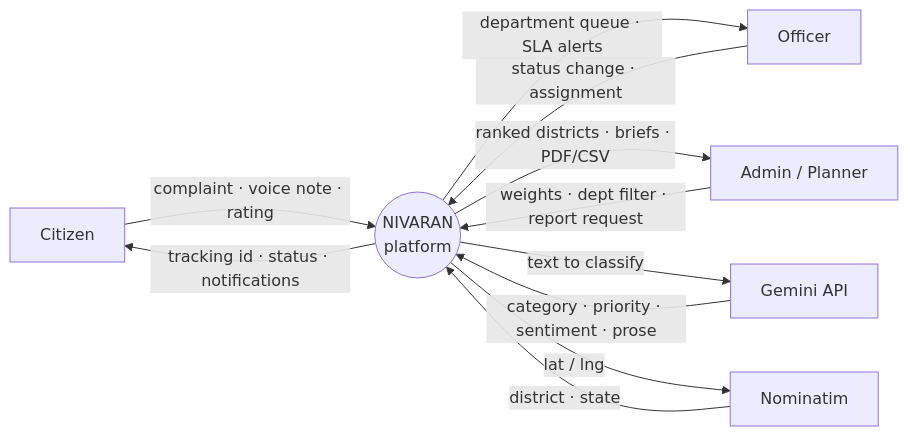
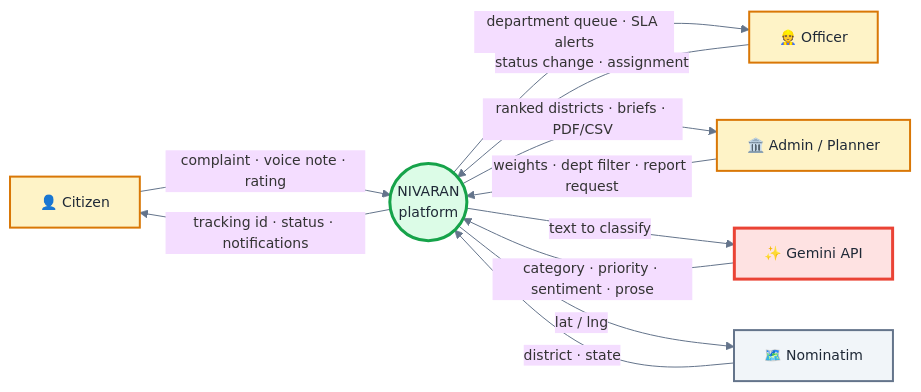
One commit to khushboocodes/Nivaran changed the fourth of 7 diagrams in README.md. Above: the diagram before and after it, drawn with Mermaid. The commit also changed other lines of this file, not shown here.

First line of the commit message:
docs(readme): colour the diagrams, document every Google call site, expand history

````diff
--- a/README.md
+++ b/README.md
@@ -328,21 +475,32 @@
 ```mermaid
+%%{init: {'theme':'base','themeVariables':{'fontSize':'14px','lineColor':'#64748b'}}}%%
 graph LR
-    CIT["Citizen"]
-    OFF["Officer"]
-    ADM["Admin / Planner"]
-    GEMX["Gemini API"]
-    GEOX["Nominatim"]
+    CIT["👤 Citizen"]
+    OFF["👷 Officer"]
+    ADM["🏛️ Admin / Planner"]
+    GEMX["✨ Gemini API"]
+    GEOX["🗺️ Nominatim"]
 
     SYS(("NIVARAN<br/>platform"))
 
     CIT -->|"complaint · voice note · rating"| SYS
     SYS -->|"tracking id · status · notifications"| CIT
     OFF -->|"status change · assignment"| SYS
     SYS -->|"department queue · SLA alerts"| OFF
     ADM -->|"weights · dept filter · report request"| SYS
     SYS -->|"ranked districts · briefs · PDF/CSV"| ADM
     SYS -->|"text to classify"| GEMX
     GEMX -->|"category · priority · sentiment · prose"| SYS
     SYS -->|"lat / lng"| GEOX
     GEOX -->|"district · state"| SYS
+
+    classDef actor fill:#fef3c7,stroke:#d97706,stroke-width:2px,color:#1f2937
+    classDef system fill:#dcfce7,stroke:#16a34a,stroke-width:3px,color:#1f2937
+    classDef google fill:#fee2e2,stroke:#ea4335,stroke-width:3px,color:#1f2937
+    classDef third fill:#f1f5f9,stroke:#64748b,stroke-width:2px,color:#1f2937
+
+    class CIT,OFF,ADM actor
+    class SYS system
+    class GEMX google
+    class GEOX third
 ```
````
